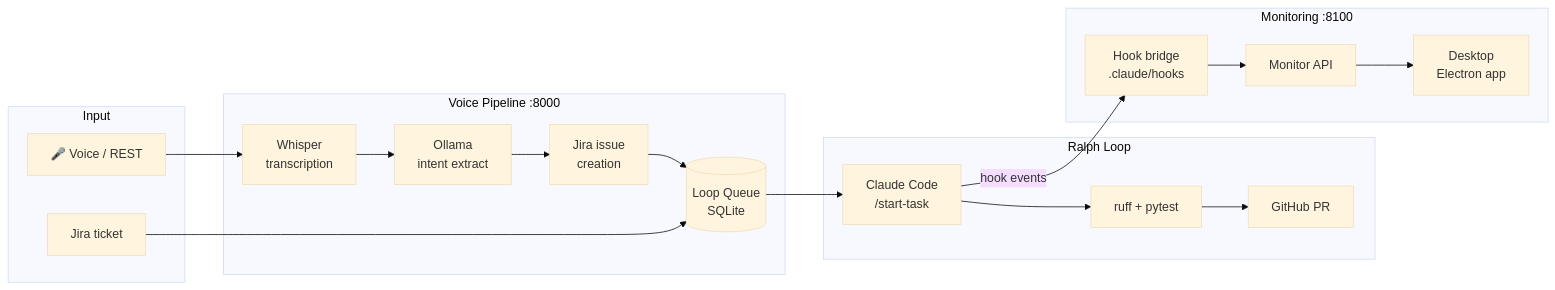
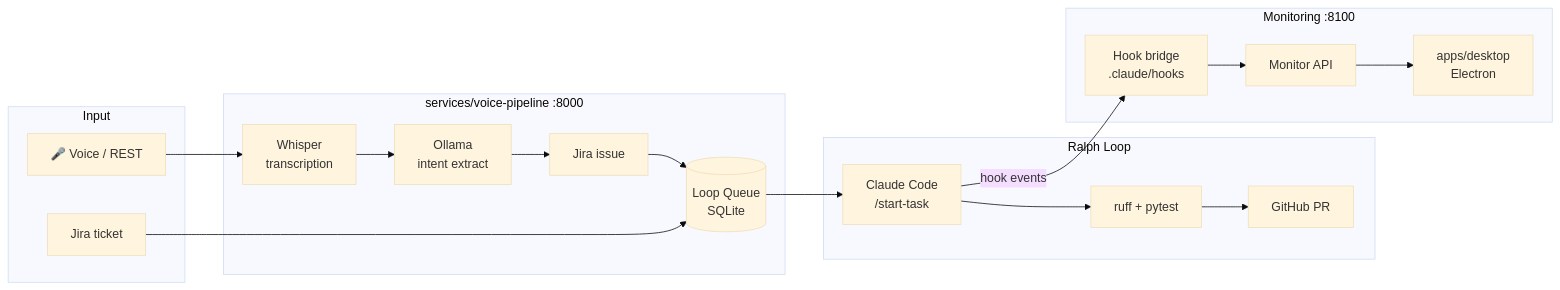
Before and after one commit to itsimonfredlingjack/agentic-devops-pipeline-v2: the diagram in README.md, drawn with Mermaid (base theme). The commit also changed other lines of this file and 84 other files, not shown here.

````diff
--- a/README.md
+++ b/README.md
@@ -24,31 +60,31 @@
 ```mermaid
 graph LR
     subgraph Input
         V[🎤 Voice / REST]
         J[Jira ticket]
     end
 
-    subgraph Voice Pipeline :8000
+    subgraph services/voice-pipeline :8000
         W[Whisper\ntranscription]
         O[Ollama\nintent extract]
-        JC[Jira issue\ncreation]
+        JC[Jira issue]
         Q[(Loop Queue\nSQLite)]
     end
 
     subgraph Ralph Loop
         CC[Claude Code\n/start-task]
-        Tests[ruff + pytest]
+        G[ruff + pytest]
         PR[GitHub PR]
     end
 
     subgraph Monitoring :8100
         H[Hook bridge\n.claude/hooks]
         M[Monitor API]
-        D[Desktop\nElectron app]
+        D[apps/desktop\nElectron]
     end
 
     V --> W --> O --> JC --> Q
     J --> Q
-    Q --> CC --> Tests --> PR
+    Q --> CC --> G --> PR
     CC -- hook events --> H --> M --> D
 ```
````
